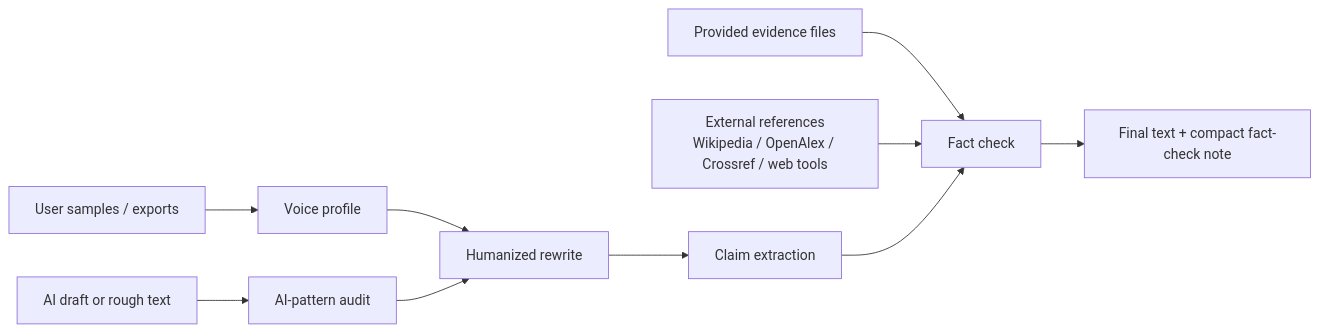
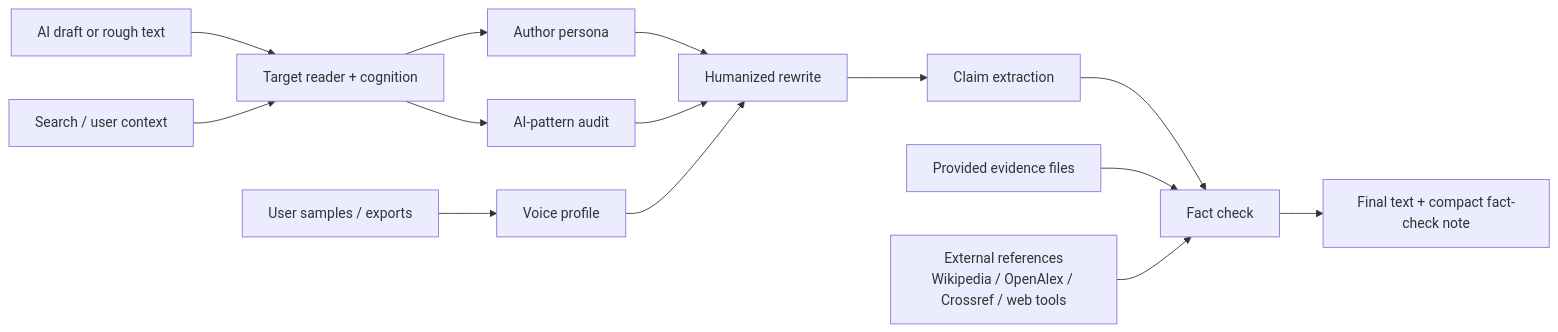
Before and after one commit to fendouai/humanize-skill: the diagram in README.md, drawn with Mermaid. The commit also changed other lines of this file and 4 other files, not shown here.

Commit message:
Add audience cognition and persona workflow

````diff
--- a/README.md
+++ b/README.md
@@ -335,12 +374,16 @@
 ```mermaid
 flowchart LR
-    Draft["AI draft or rough text"] --> Audit["AI-pattern audit"]
+    Draft["AI draft or rough text"] --> Audience["Target reader + cognition"]
+    Search["Search / user context"] --> Audience
+    Audience --> Persona["Author persona"]
+    Audience --> Audit["AI-pattern audit"]
     Samples["User samples / exports"] --> Profile["Voice profile"]
+    Persona --> Rewrite["Humanized rewrite"]
     Profile --> Rewrite["Humanized rewrite"]
     Audit --> Rewrite
     Rewrite --> Claims["Claim extraction"]
     Evidence["Provided evidence files"] --> Check["Fact check"]
     External["External references<br/>Wikipedia / OpenAlex / Crossref / web tools"] --> Check
     Claims --> Check
     Check --> Final["Final text + compact fact-check note"]
 ```
````
